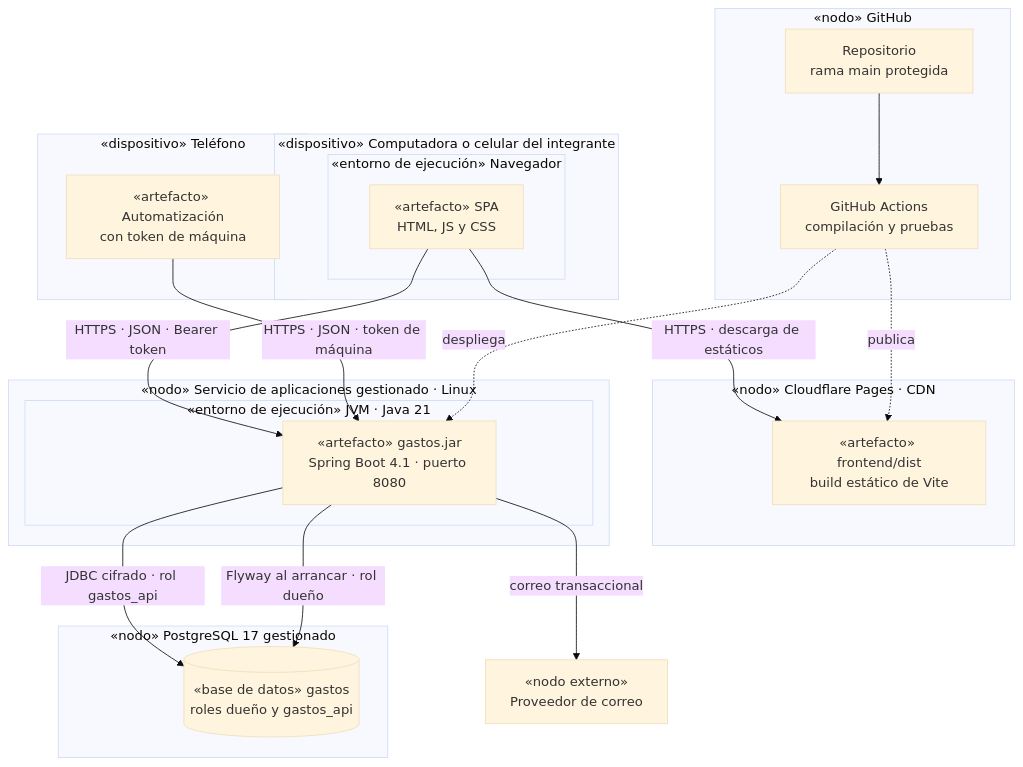
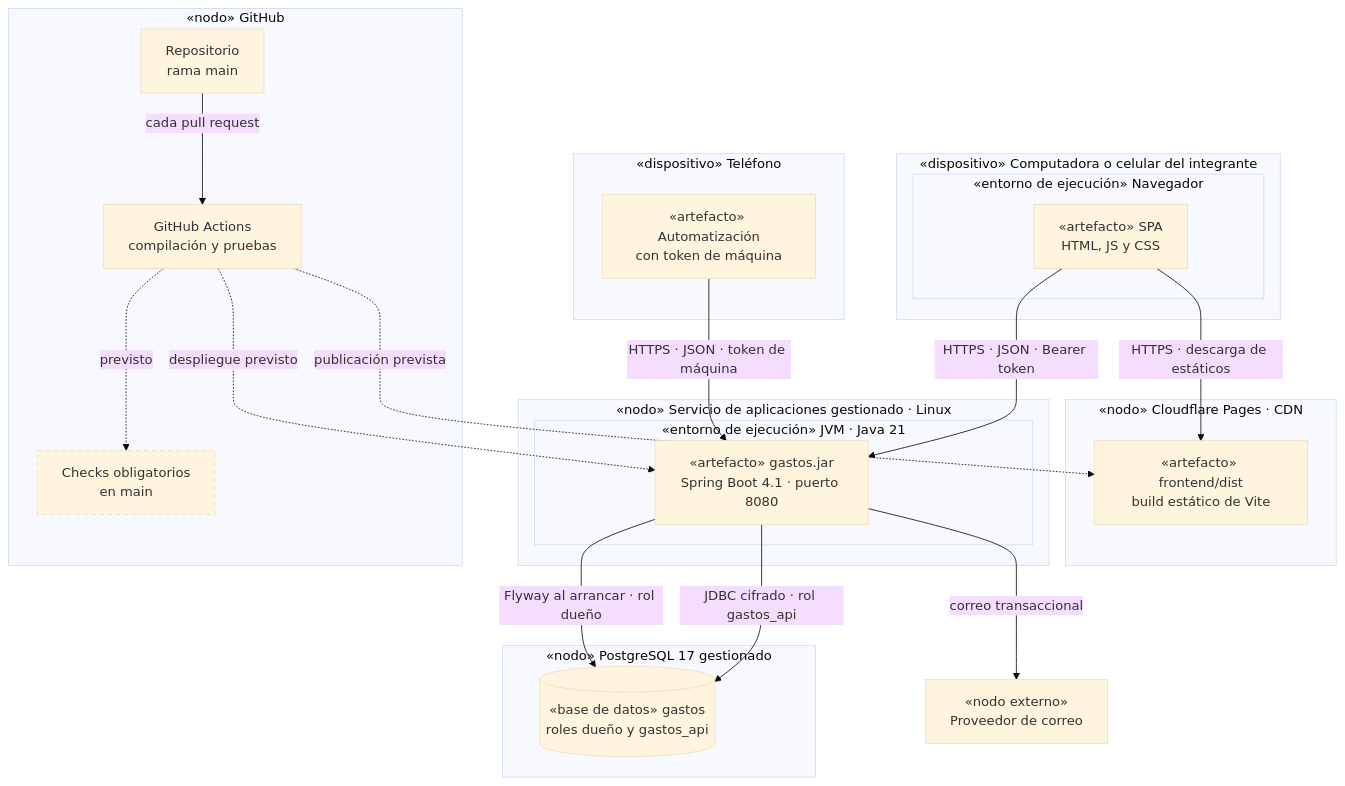
One commit to patorinaldi/gastos changed diagram 16 of 19 in docs/diagramas.md. Above: the diagram before and after it, drawn with Mermaid (base theme). The commit also changed other lines of this file and 1 other file, not shown here.

````diff
--- a/docs/diagramas.md
+++ b/docs/diagramas.md
@@ -709,43 +717,48 @@
 ```mermaid
 flowchart TB
     subgraph USR["«dispositivo» Computadora o celular del integrante"]
         subgraph BRW["«entorno de ejecución» Navegador"]
             SPA["«artefacto» SPA<br/>HTML, JS y CSS"]
         end
     end
 
     subgraph PHN["«dispositivo» Teléfono"]
         AUT["«artefacto» Automatización<br/>con token de máquina"]
     end
 
     subgraph CF["«nodo» Cloudflare Pages · CDN"]
         DIST["«artefacto» frontend/dist<br/>build estático de Vite"]
     end
 
     subgraph APP["«nodo» Servicio de aplicaciones gestionado · Linux"]
         subgraph JVM["«entorno de ejecución» JVM · Java 21"]
             JAR["«artefacto» gastos.jar<br/>Spring Boot 4.1 · puerto 8080"]
         end
     end
 
     subgraph PGS["«nodo» PostgreSQL 17 gestionado"]
         DBS[("«base de datos» gastos<br/>roles dueño y gastos_api")]
     end
 
     MAILX["«nodo externo»<br/>Proveedor de correo"]
 
     subgraph GH["«nodo» GitHub"]
-        REPO["Repositorio<br/>rama main protegida"]
+        REPO["Repositorio<br/>rama main"]
         GHA["GitHub Actions<br/>compilación y pruebas"]
-        REPO --> GHA
+        PROT["Checks obligatorios<br/>en main"]
+        REPO -->|"cada pull request"| GHA
+        GHA -.->|"previsto"| PROT
     end
 
     SPA -->|"HTTPS · descarga de estáticos"| DIST
     SPA -->|"HTTPS · JSON · Bearer token"| JAR
     AUT -->|"HTTPS · JSON · token de máquina"| JAR
     JAR -->|"JDBC cifrado · rol gastos_api"| DBS
     JAR -->|"Flyway al arrancar · rol dueño"| DBS
     JAR -->|"correo transaccional"| MAILX
-    GHA -.->|"publica"| DIST
-    GHA -.->|"despliega"| JAR
+    GHA -.->|"publicación prevista"| DIST
+    GHA -.->|"despliegue previsto"| JAR
+
+    classDef previsto stroke-dasharray: 5 5
+    class PROT previsto
 ```
````
